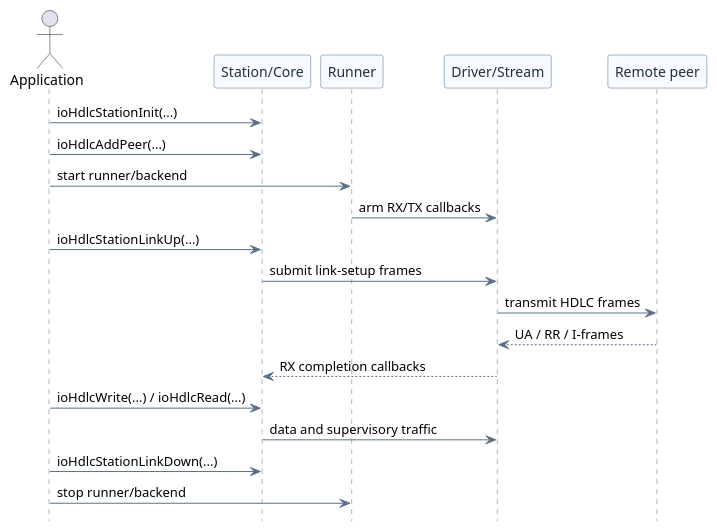
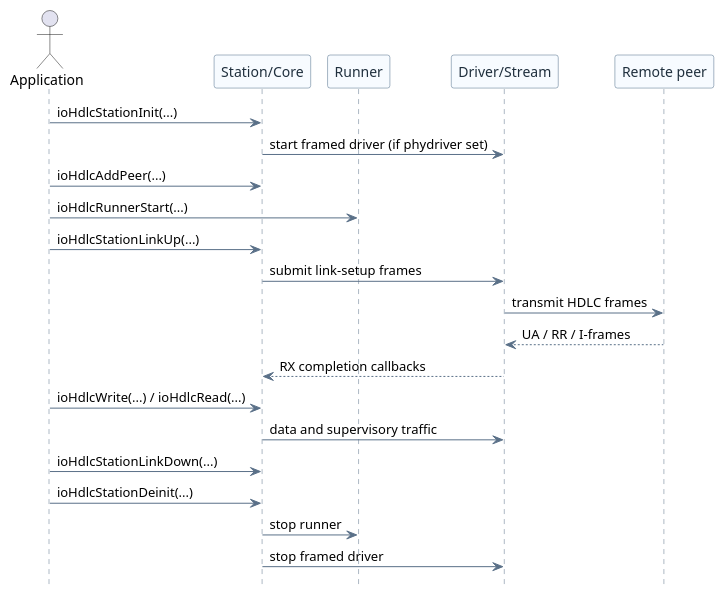
One commit to chibilogic/ioHdlc changed the diagram in doc/diagrams/src/integration_lifecycle.puml. Above: the diagram before and after it, drawn with PlantUML. The commit also changed 34 other files, not shown here.

Commit message:
Add ABM documentation. Fix pubblic symbols without ioHdlc prefix. Add ioHdlcStationDeinit() for symmetry.

```diff
--- a/doc/diagrams/src/integration_lifecycle.puml
+++ b/doc/diagrams/src/integration_lifecycle.puml
@@ -1,35 +1,37 @@
 @startuml
 hide footbox
 
 skinparam backgroundColor transparent
 skinparam shadowing false
 skinparam ArrowColor #5a7088
 skinparam SequenceLifeLineBorderColor #5a7088
 skinparam SequenceLifeLineBackgroundColor #f7fbff
 skinparam ParticipantBorderColor #4d6a86
 skinparam ParticipantBackgroundColor #f7fbff
 skinparam ParticipantFontColor #1f2f3d
 skinparam NoteBorderColor #96a7b8
 skinparam NoteBackgroundColor #fffdf3
 
 actor Application as App
 participant "Station/Core" as Sta
 participant Runner as Run
 participant "Driver/Stream" as Drv
 participant "Remote peer" as Peer
 
 App -> Sta: ioHdlcStationInit(...)
+Sta -> Drv: start framed driver (if phydriver set)
 App -> Sta: ioHdlcAddPeer(...)
-App -> Run: start runner/backend
-Run -> Drv: arm RX/TX callbacks
+App -> Run: ioHdlcRunnerStart(...)
 App -> Sta: ioHdlcStationLinkUp(...)
 Sta -> Drv: submit link-setup frames
 Drv -> Peer: transmit HDLC frames
 Peer --> Drv: UA / RR / I-frames
 Drv --> Sta: RX completion callbacks
 App -> Sta: ioHdlcWrite(...) / ioHdlcRead(...)
 Sta -> Drv: data and supervisory traffic
 App -> Sta: ioHdlcStationLinkDown(...)
-App -> Run: stop runner/backend
+App -> Sta: ioHdlcStationDeinit(...)
+Sta -> Run: stop runner
+Sta -> Drv: stop framed driver
 
 @enduml
```
